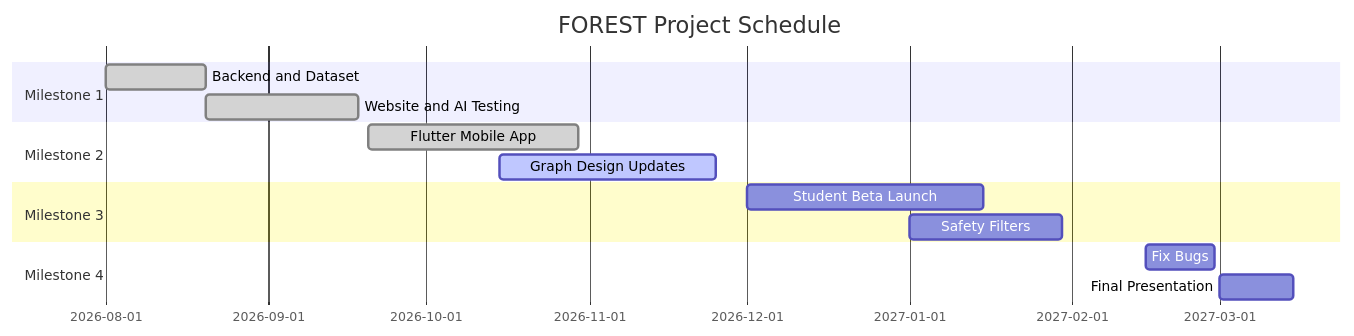
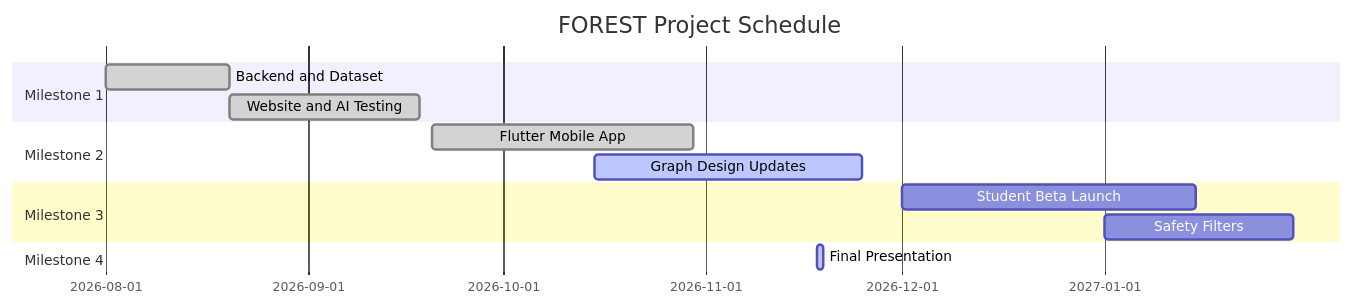
One commit to sahibnoor-singh/ucs503p-202627odd-forest changed the diagram in docs/MILESTONES.md. Above: the diagram before and after it, drawn with Mermaid. The commit also changed other lines of this file, not shown here.

Commit message:
Milestones: final presentation is current, no March date

````diff
--- a/docs/MILESTONES.md
+++ b/docs/MILESTONES.md
@@ -48,21 +47,20 @@
 ```mermaid
 gantt
     title FOREST Project Schedule
     dateFormat  YYYY-MM-DD
     
     section Milestone 1
     Backend and Dataset         :done,    m1_1, 2026-08-01, 2026-08-20
     Website and AI Testing      :done,    m1_2, 2026-08-20, 2026-09-18
     
     section Milestone 2
     Flutter Mobile App          :done,    m2_1, 2026-09-20, 2026-10-30
     Graph Design Updates        :active,  m2_2, 2026-10-15, 2026-11-25
     
     section Milestone 3
     Student Beta Launch         :         m3_1, 2026-12-01, 2027-01-15
     Safety Filters              :         m3_2, 2027-01-01, 2027-01-30
     
     section Milestone 4
-    Fix Bugs                    :         m4_1, 2027-02-15, 2027-02-28
-    Final Presentation          :         m4_2, 2027-03-01, 2027-03-15
+    Final Presentation          :active,  m4_1, 2026-11-18, 1d
 ```
````
